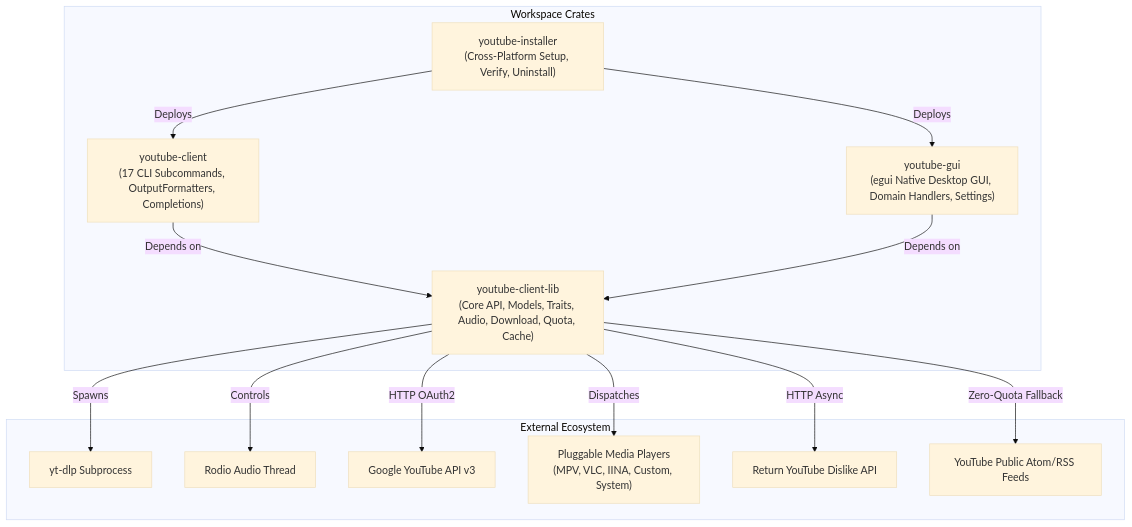
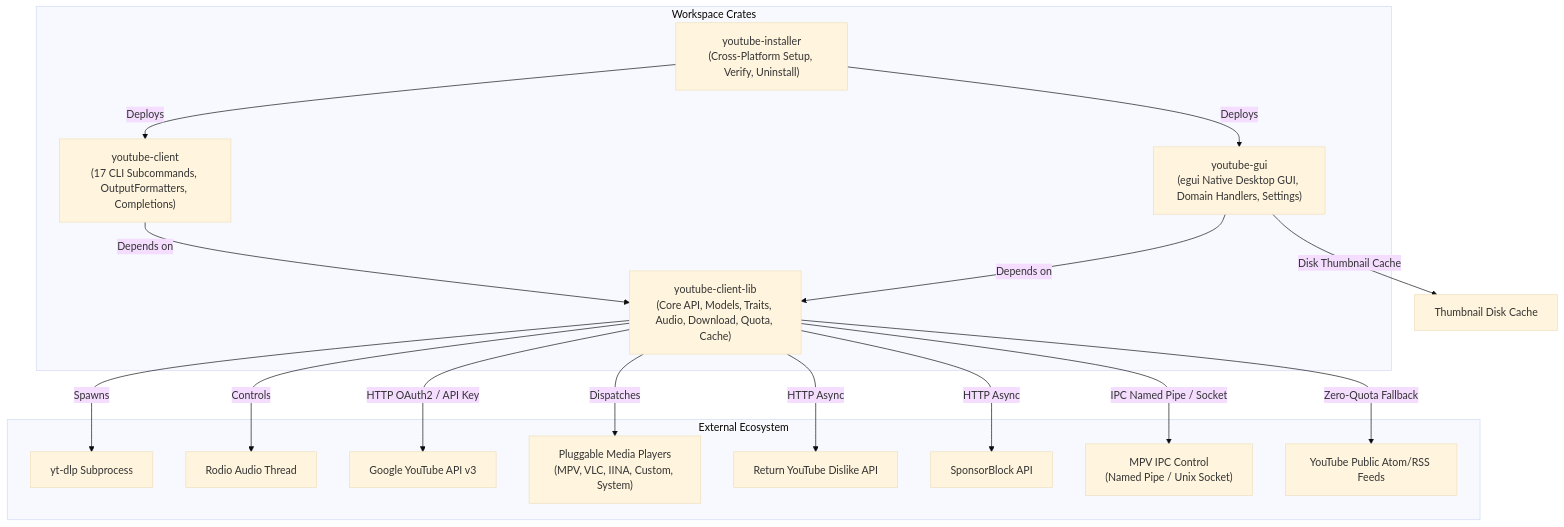
One commit to clockworkengineer/youtube-client changed the first of 4 diagrams in docs/architecture.md. Above: the diagram before and after it, drawn with Mermaid (base theme). The commit also changed other lines of this file and 1 other file, not shown here.

Commit message:
docs: document api-key, device-code flow, SponsorBlock, MPV IPC, and persistent caching

````diff
--- a/docs/architecture.md
+++ b/docs/architecture.md
@@ -11,30 +11,35 @@
 ```mermaid
 graph TD
     subgraph "Workspace Crates"
         LIB["youtube-client-lib<br/>(Core API, Models, Traits, Audio, Download, Quota, Cache)"]
         CLI["youtube-client<br/>(17 CLI Subcommands, OutputFormatters, Completions)"]
         GUI["youtube-gui<br/>(egui Native Desktop GUI, Domain Handlers, Settings)"]
         INST["youtube-installer<br/>(Cross-Platform Setup, Verify, Uninstall)"]
     end
 
     subgraph "External Ecosystem"
         YTDL["yt-dlp Subprocess"]
         ROD["Rodio Audio Thread"]
         GAPI["Google YouTube API v3"]
         PLAY["Pluggable Media Players<br/>(MPV, VLC, IINA, Custom, System)"]
         RYD["Return YouTube Dislike API"]
+        SB["SponsorBlock API"]
+        MPV_IPC["MPV IPC Control<br/>(Named Pipe / Unix Socket)"]
         RSS["YouTube Public Atom/RSS Feeds"]
     end
 
     CLI -->|Depends on| LIB
     GUI -->|Depends on| LIB
     INST -->|Deploys| CLI
+    GUI -->|Disk Thumbnail Cache| FS["Thumbnail Disk Cache"]
     INST -->|Deploys| GUI
 
-    LIB -->|HTTP OAuth2| GAPI
+    LIB -->|HTTP OAuth2 / API Key| GAPI
     LIB -->|Spawns| YTDL
     LIB -->|Controls| ROD
     LIB -->|HTTP Async| RYD
+    LIB -->|HTTP Async| SB
+    LIB -->|IPC Named Pipe / Socket| MPV_IPC
     LIB -->|Zero-Quota Fallback| RSS
     LIB -->|Dispatches| PLAY
 ```
````
